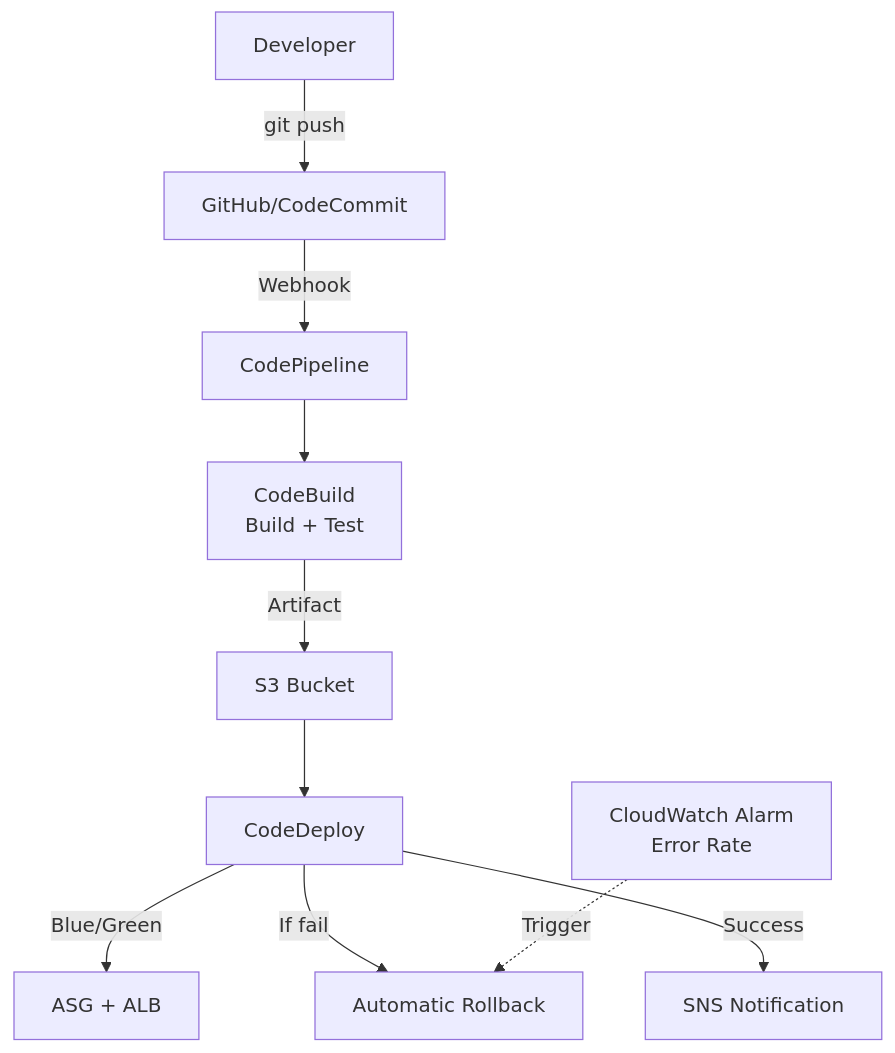
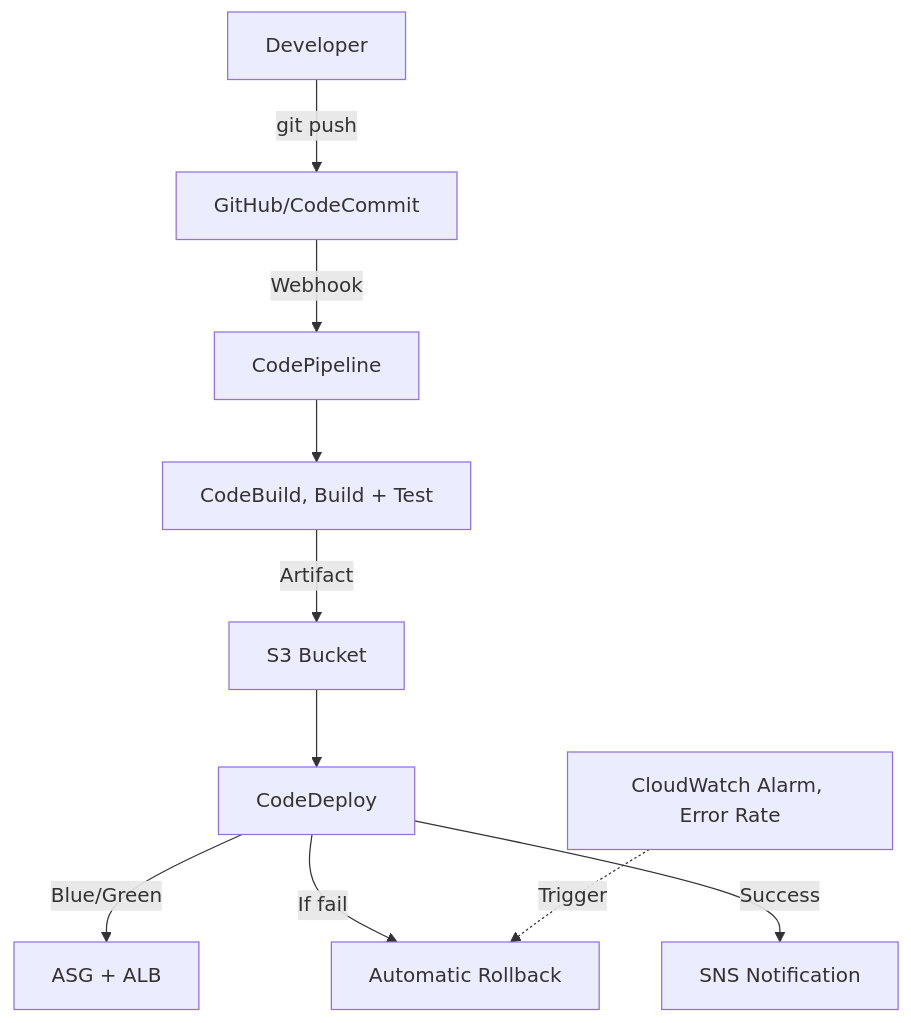
The fourth of 4 diagrams in Chapter_42_AWS_CodeDeploy.md (DeeptiShuklaProject/Uday_AWS), drawn with Mermaid before and after one commit. The commit also changed other lines of this file and 34 other files, not shown here.

Commit message:
Fix mermaid diagrams syntax across all chapters (quote labels and remove HTML)

````diff
--- a/Chapter_42_AWS_CodeDeploy.md
+++ b/Chapter_42_AWS_CodeDeploy.md
@@ -592,14 +592,14 @@
 ```mermaid
 flowchart TD
     Dev[Developer] -->|git push| GH[GitHub/CodeCommit]
     GH -->|Webhook| CP[CodePipeline]
-    CP --> CB[CodeBuild<br>Build + Test]
+    CP --> CB["CodeBuild, Build + Test"]
     CB -->|Artifact| S3[S3 Bucket]
     S3 --> CD[CodeDeploy]
     
     CD -->|Blue/Green| ASG[ASG + ALB]
     CD -->|If fail| Rollback[Automatic Rollback]
     CD -->|Success| SNS[SNS Notification]
     
-    CW[CloudWatch Alarm<br>Error Rate] -.->|Trigger| Rollback
+    CW["CloudWatch Alarm, Error Rate"] -.->|Trigger| Rollback
 ```
````
